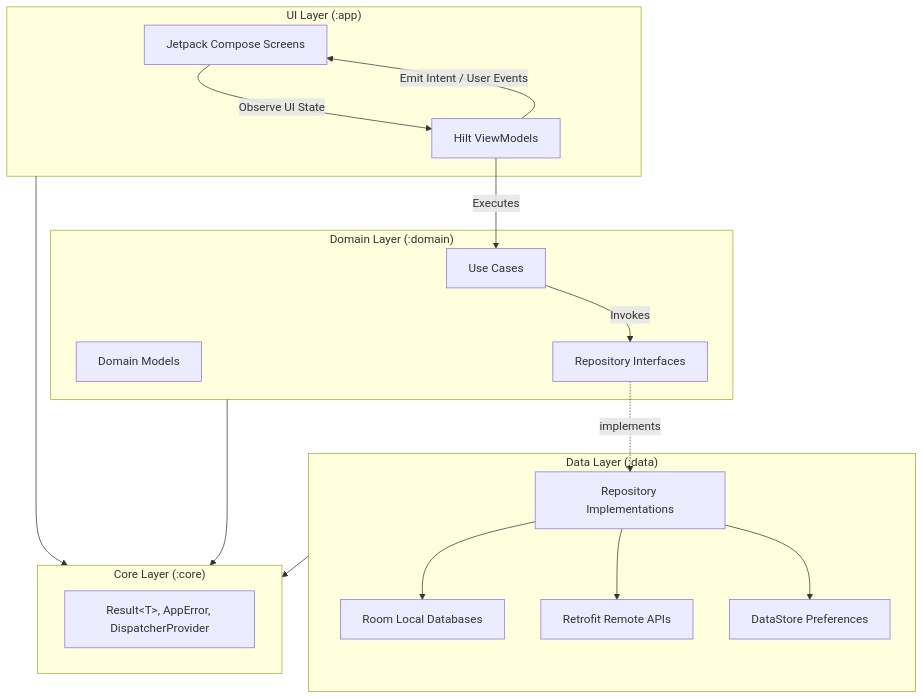
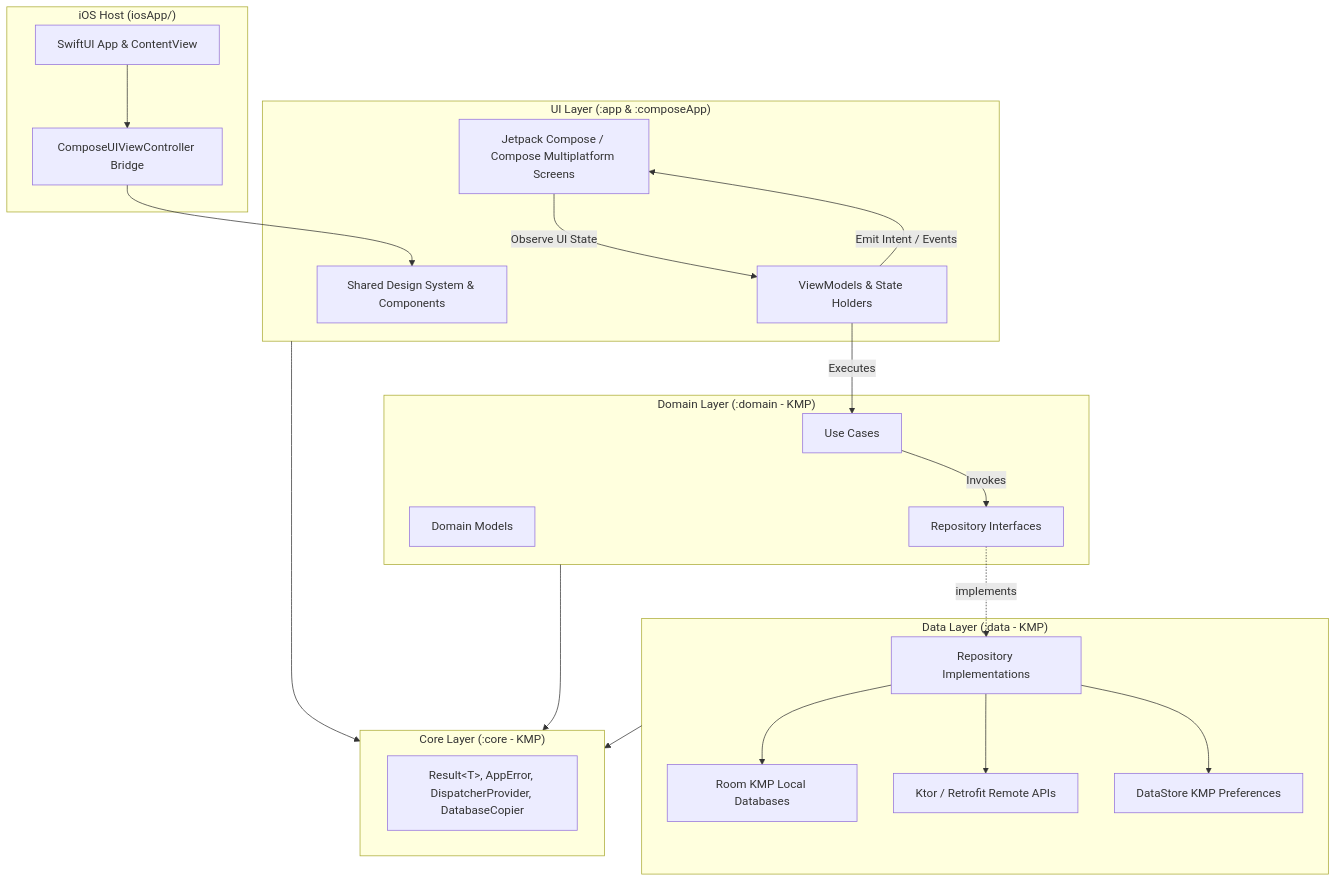
One commit to suryamudti/rafiq-android changed the diagram in README.md. Above: the diagram before and after it, drawn with Mermaid. The commit also changed other lines of this file and 2 other files, not shown here.

First line of the commit message:
docs(kmp): update README architecture, AGENTS guidance, and figure screenshots (#98)

````diff
--- a/README.md
+++ b/README.md
@@ -115,37 +124,45 @@
 ```mermaid
 graph TD
-    subgraph UI ["UI Layer (:app)"]
-        UI_Screen["Jetpack Compose Screens"]
-        UI_VM["Hilt ViewModels"]
+    subgraph UI ["UI Layer (:app & :composeApp)"]
+        UI_Screen["Jetpack Compose / Compose Multiplatform Screens"]
+        UI_VM["ViewModels & State Holders"]
+        UI_Shared["Shared Design System & Components"]
         UI_Screen -->|"Observe UI State"| UI_VM
-        UI_VM -->|"Emit Intent / User Events"| UI_Screen
+        UI_VM -->|"Emit Intent / Events"| UI_Screen
     end
 
-    subgraph Domain ["Domain Layer (:domain)"]
+    subgraph iOS ["iOS Host (iosApp/)"]
+        IOS_App["SwiftUI App & ContentView"]
+        IOS_VC["ComposeUIViewController Bridge"]
+        IOS_App --> IOS_VC
+        IOS_VC --> UI_Shared
+    end
+
+    subgraph Domain ["Domain Layer (:domain - KMP)"]
         Domain_UC["Use Cases"]
         Domain_Model["Domain Models"]
         Domain_Repo["Repository Interfaces"]
         UI_VM -->|"Executes"| Domain_UC
         Domain_UC -->|"Invokes"| Domain_Repo
     end
 
-    subgraph Data ["Data Layer (:data)"]
+    subgraph Data ["Data Layer (:data - KMP)"]
         Data_RepoImpl["Repository Implementations"]
-        Data_Room["Room Local Databases"]
-        Data_Retrofit["Retrofit Remote APIs"]
-        Data_Store["DataStore Preferences"]
+        Data_Room["Room KMP Local Databases"]
+        Data_Network["Ktor / Retrofit Remote APIs"]
+        Data_Store["DataStore KMP Preferences"]
 
         Domain_Repo -.->|"implements"| Data_RepoImpl
         Data_RepoImpl --> Data_Room
-        Data_RepoImpl --> Data_Retrofit
+        Data_RepoImpl --> Data_Network
         Data_RepoImpl --> Data_Store
     end
 
-    subgraph Core ["Core Layer (:core)"]
-        Core_Utils["Result&lt;T&gt;, AppError, DispatcherProvider"]
+    subgraph Core ["Core Layer (:core - KMP)"]
+        Core_Utils["Result&lt;T&gt;, AppError, DispatcherProvider, DatabaseCopier"]
     end
 
     UI --> Core
     Domain --> Core
     Data --> Core
 ```
````
